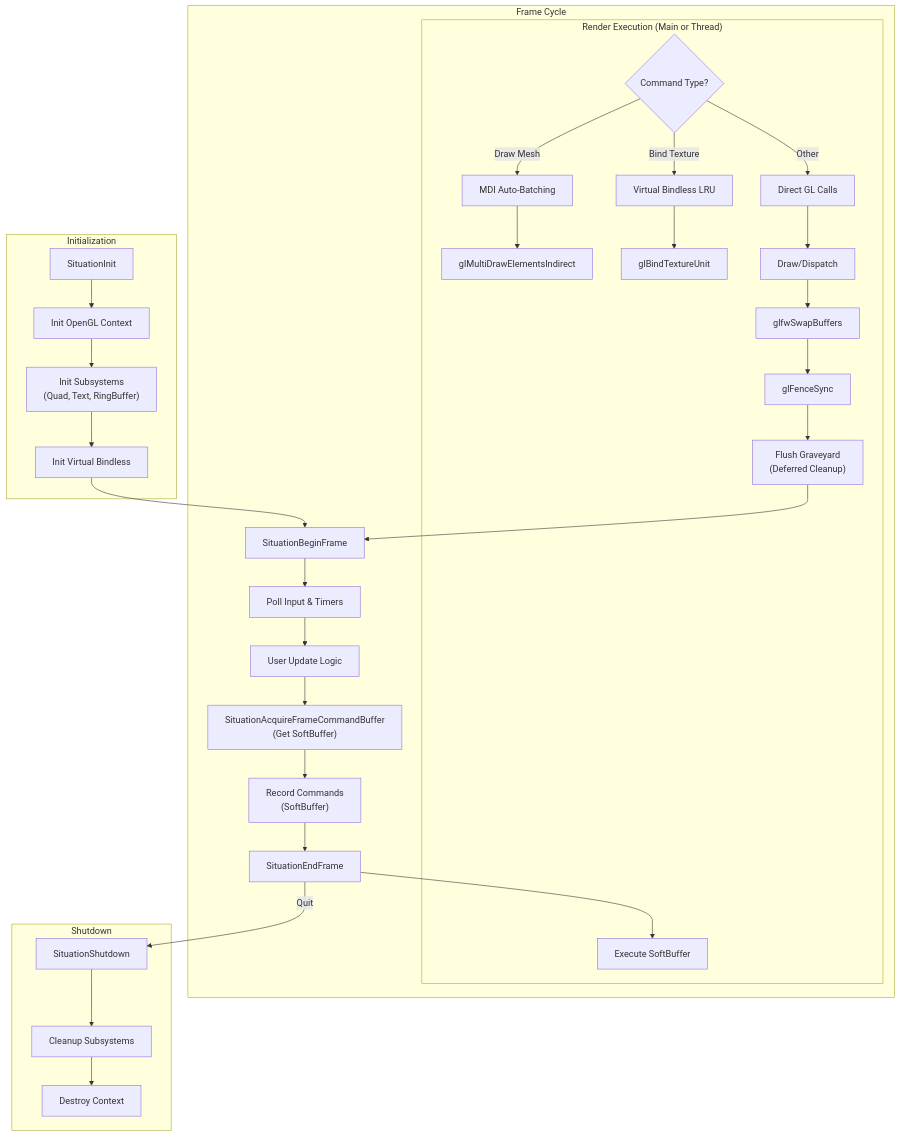
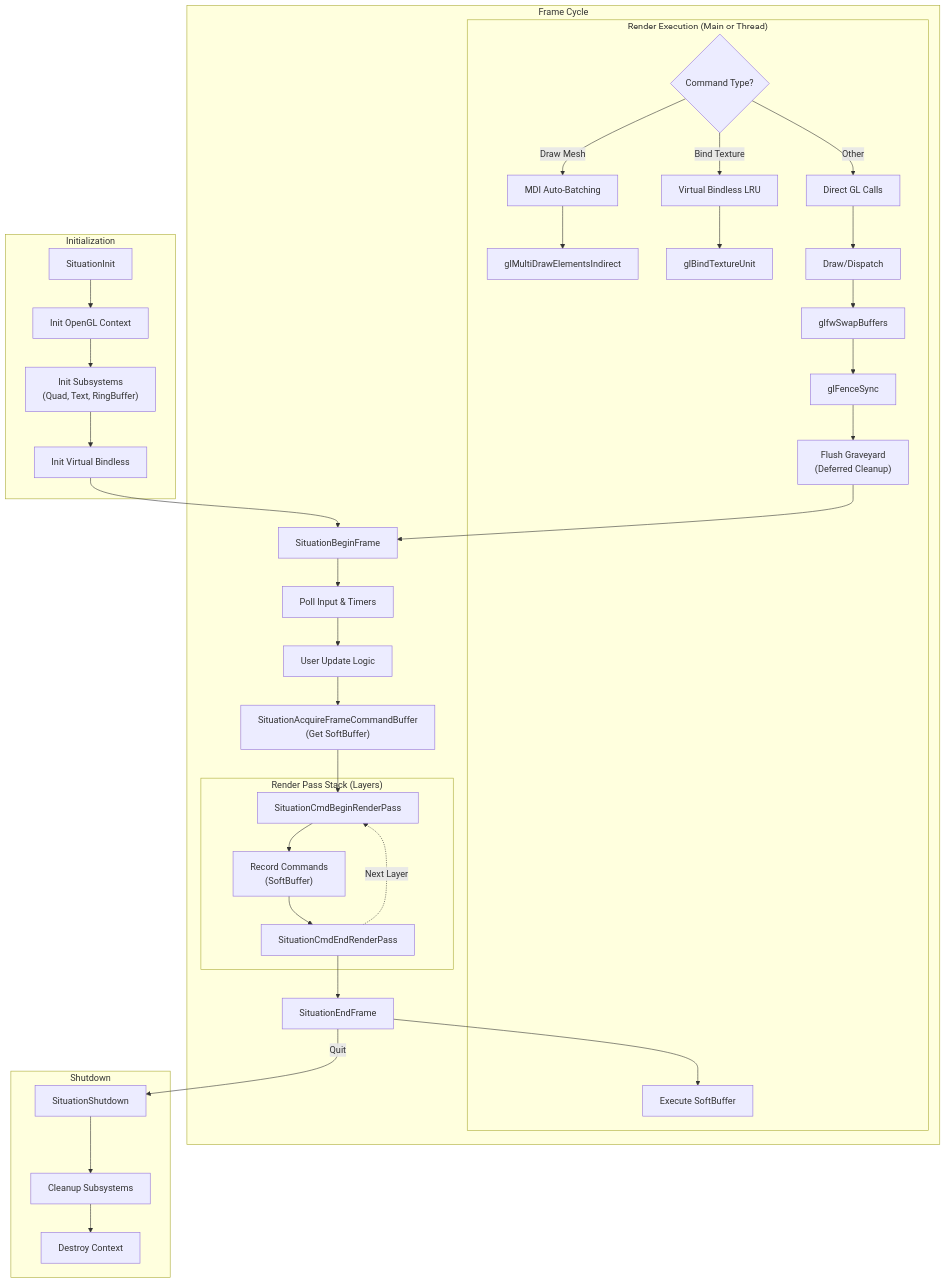
One commit to jmorel33/situation changed the second of 3 diagrams in README.md. Above: the diagram before and after it, drawn with Mermaid. The commit also changed other lines of this file and 1 other file, not shown here.

Commit message:
docs: update Mermaid diagrams to reflect render pass stack refactor

````diff
--- a/README.md
+++ b/README.md
@@ -270,47 +277,54 @@
 ```mermaid
 graph TD
     %% Nodes
     subgraph Init ["Initialization"]
         I1["SituationInit"]
         I2["Init OpenGL Context"]
         I3["Init Subsystems<br/>(Quad, Text, RingBuffer)"]
         I4["Init Virtual Bindless"]
     end
 
     subgraph Loop ["Frame Cycle"]
         L1["SituationBeginFrame"]
         L2["Poll Input & Timers"]
         L3["User Update Logic"]
         L4["SituationAcquireFrameCommandBuffer<br/>(Get SoftBuffer)"]
-        L5["Record Commands<br/>(SoftBuffer)"]
+        subgraph RenderStack ["Render Pass Stack (Layers)"]
+            L5a["SituationCmdBeginRenderPass"]
+            L5b["Record Commands<br/>(SoftBuffer)"]
+            L5c["SituationCmdEndRenderPass"]
+            L5a --> L5b --> L5c
+            L5c -. "Next Layer" .-> L5a
+        end
         L6["SituationEndFrame"]
 
         subgraph Render ["Render Execution (Main or Thread)"]
             R1["Execute SoftBuffer"]
             R2{"Command Type?"}
             R2 -- "Draw Mesh" --> R3["MDI Auto-Batching"]
             R2 -- "Bind Texture" --> R4["Virtual Bindless LRU"]
             R2 -- "Other" --> R5["Direct GL Calls"]
             R3 --> R6["glMultiDrawElementsIndirect"]
             R4 --> R7["glBindTextureUnit"]
             R5 --> R8["Draw/Dispatch"]
             R8 --> S1["glfwSwapBuffers"]
             S1 --> S2["glFenceSync"]
             S2 --> S3["Flush Graveyard<br/>(Deferred Cleanup)"]
         end
     end
 
     subgraph Exit ["Shutdown"]
         E1["SituationShutdown"]
         E2["Cleanup Subsystems"]
         E3["Destroy Context"]
     end
 
     %% Flow
     I1 --> I2 --> I3 --> I4 --> L1
-    L1 --> L2 --> L3 --> L4 --> L5 --> L6
+    L1 --> L2 --> L3 --> L4 --> L5a
+    L5c --> L6
     L6 --> R1
     S3 --> L1
     L6 -- "Quit" --> E1
     E1 --> E2 --> E3
 ```
````
